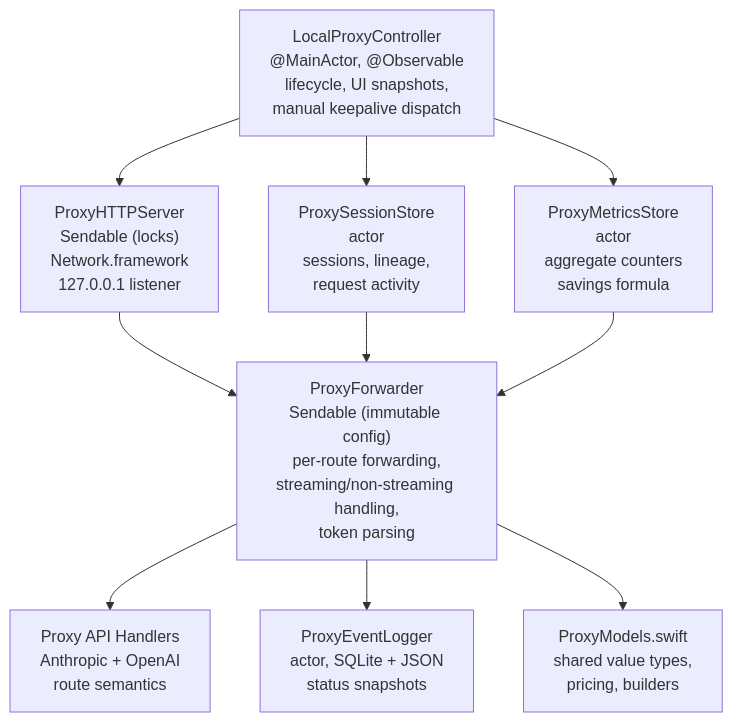
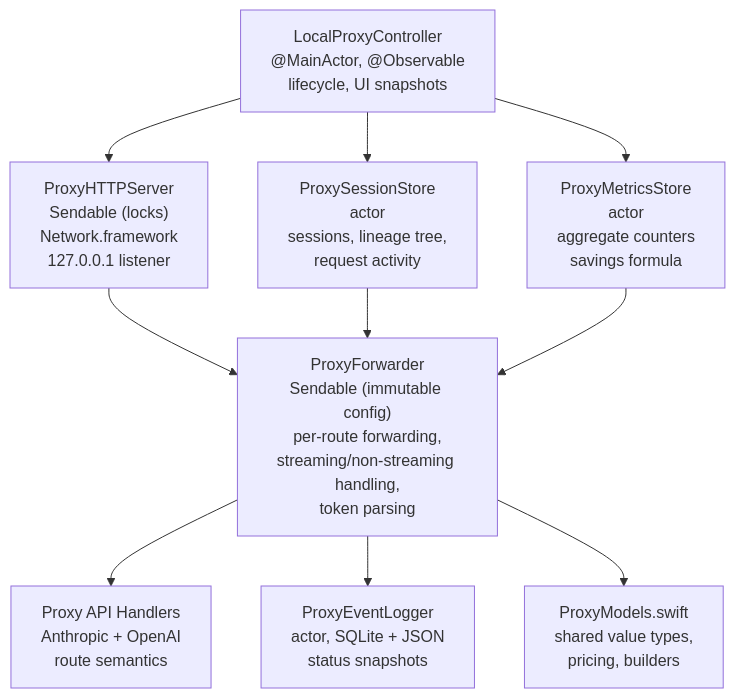
Before and after one commit to rk-terence/TokenPulse: the first of 2 diagrams in docs/proxy.md, drawn with Mermaid. The commit also changed other lines of this file and 15 other files, not shown here.

Commit message:
refactor: unify proxy lineage tracking

````diff
--- a/docs/proxy.md
+++ b/docs/proxy.md
@@ -26,26 +26,26 @@
 ```mermaid
 flowchart TD
-    local["LocalProxyController<br/>@MainActor, @Observable<br/>lifecycle, UI snapshots,<br/>manual keepalive dispatch"]
+    local["LocalProxyController<br/>@MainActor, @Observable<br/>lifecycle, UI snapshots"]
 
     server["ProxyHTTPServer<br/>Sendable (locks)<br/>Network.framework<br/>127.0.0.1 listener"]
-    sessions["ProxySessionStore<br/>actor<br/>sessions, lineage,<br/>request activity"]
+    sessions["ProxySessionStore<br/>actor<br/>sessions, lineage tree,<br/>request activity"]
     metrics["ProxyMetricsStore<br/>actor<br/>aggregate counters<br/>savings formula"]
 
     forwarder["ProxyForwarder<br/>Sendable (immutable config)<br/>per-route forwarding,<br/>streaming/non-streaming handling,<br/>token parsing"]
 
     handlers["Proxy API Handlers<br/>Anthropic + OpenAI<br/>route semantics"]
     logger["ProxyEventLogger<br/>actor, SQLite + JSON<br/>status snapshots"]
     models["ProxyModels.swift<br/>shared value types,<br/>pricing, builders"]
 
     local --> server
     local --> sessions
     local --> metrics
 
     server --> forwarder
     sessions --> forwarder
     metrics --> forwarder
 
     forwarder --> handlers
     forwarder --> logger
     forwarder --> models
 ```
````
